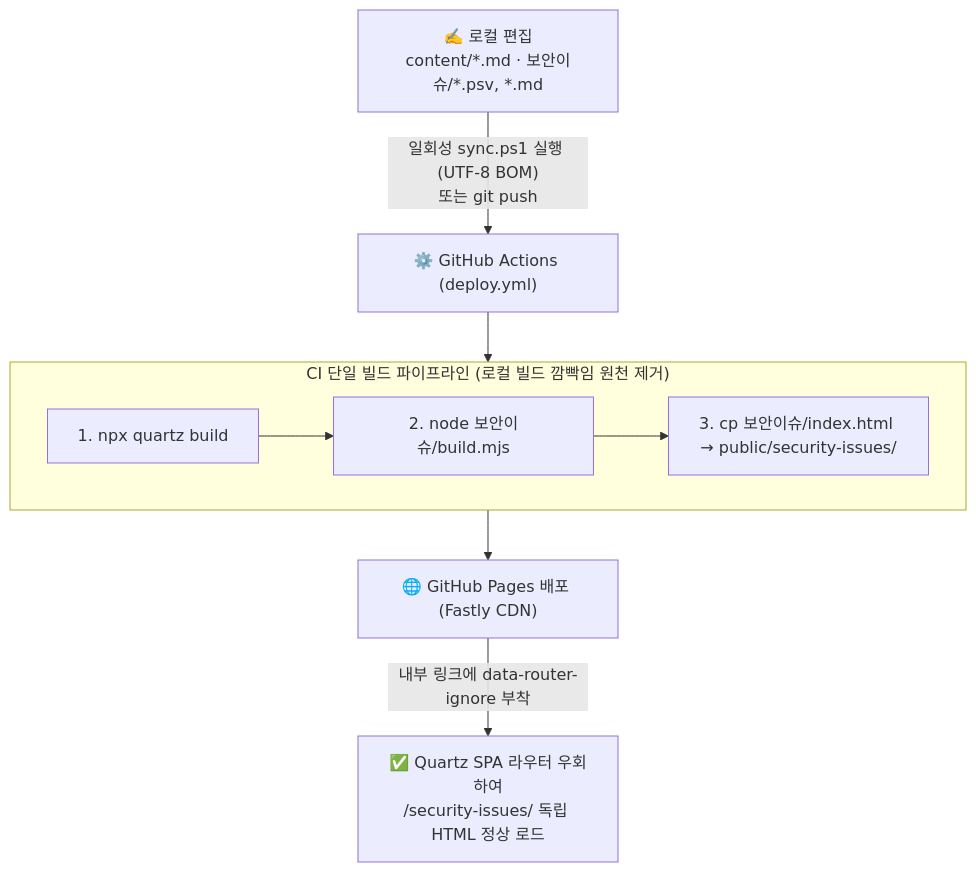
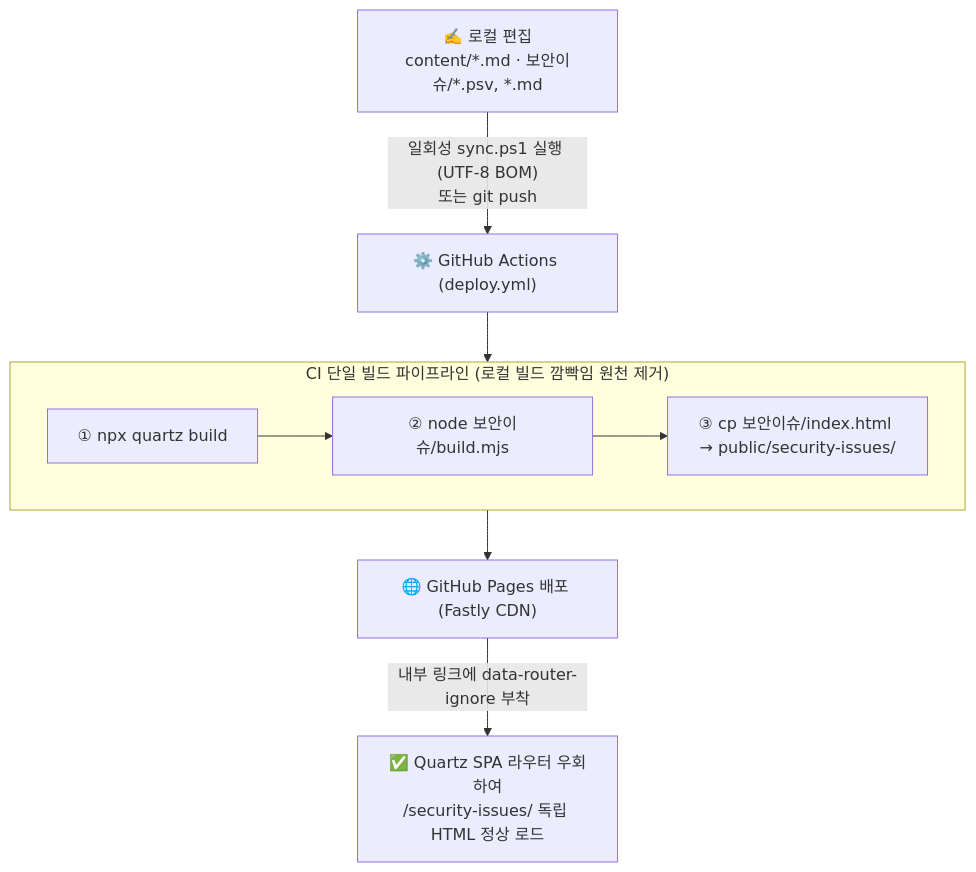
The diagram in content/도구/블로그 인프라 자동화 — Quartz, GitHub Actions, 로컬 빌드 깜빡임 없애기.md (gooyong-sec/gooyong-sec.github.io), drawn with Mermaid before and after one commit. The commit also changed 28 other files, not shown here.

First line of the commit message:
fix: eliminate remaining mermaid markdown-list misparse across all diagrams

````diff
--- a/content/도구/블로그 인프라 자동화 — Quartz, GitHub Actions, 로컬 빌드 깜빡임 없애기.md
+++ b/content/도구/블로그 인프라 자동화 — Quartz, GitHub Actions, 로컬 빌드 깜빡임 없애기.md
@@ -19,10 +19,10 @@
 ```mermaid
 flowchart TD
     Edit["✍️ 로컬 편집<br/>content/*.md · 보안이슈/*.psv, *.md"] -->|"일회성 sync.ps1 실행 (UTF-8 BOM)<br/>또는 git push"| CI["⚙️ GitHub Actions (deploy.yml)"]
     subgraph CIPipeline["CI 단일 빌드 파이프라인 (로컬 빌드 깜빡임 원천 제거)"]
-        Q["1. npx quartz build"] --> B["2. node 보안이슈/build.mjs"]
-        B --> C["3. cp 보안이슈/index.html → public/security-issues/"]
+        Q["① npx quartz build"] --> B["② node 보안이슈/build.mjs"]
+        B --> C["③ cp 보안이슈/index.html → public/security-issues/"]
     end
     CI --> CIPipeline --> Pages["🌐 GitHub Pages 배포 (Fastly CDN)"]
     Pages -->|"내부 링크에 data-router-ignore 부착"| SPA["✅ Quartz SPA 라우터 우회하여<br/>/security-issues/ 독립 HTML 정상 로드"]
 ```
````
